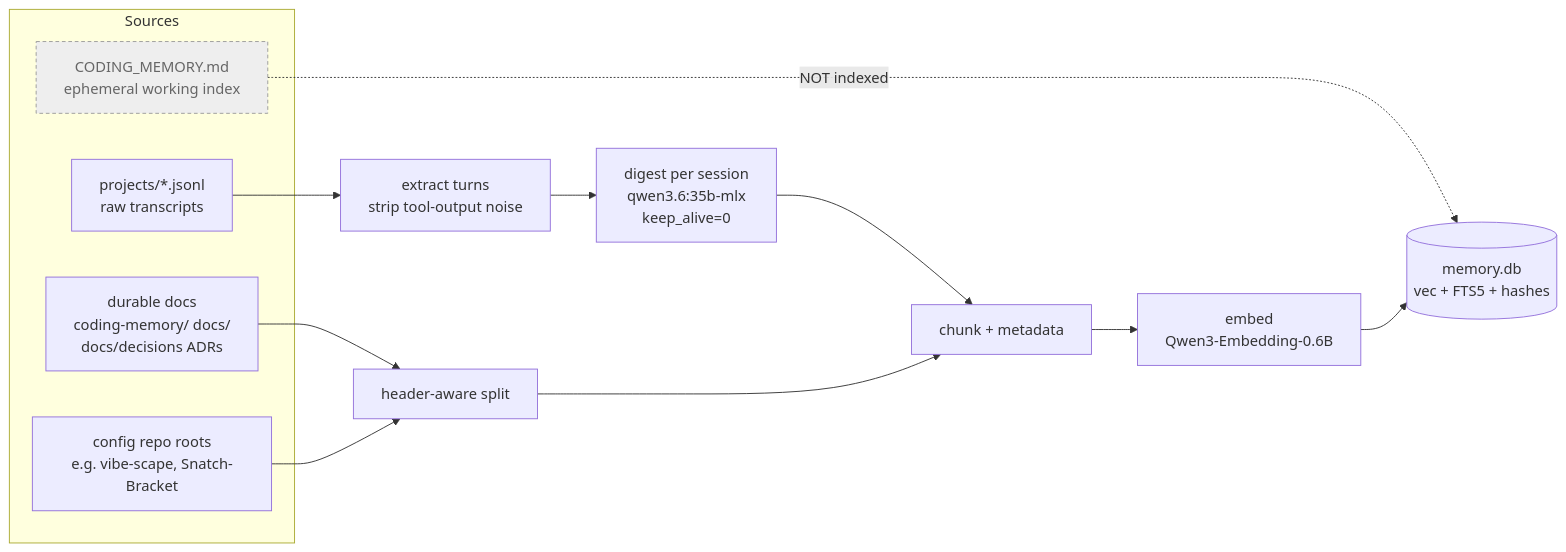
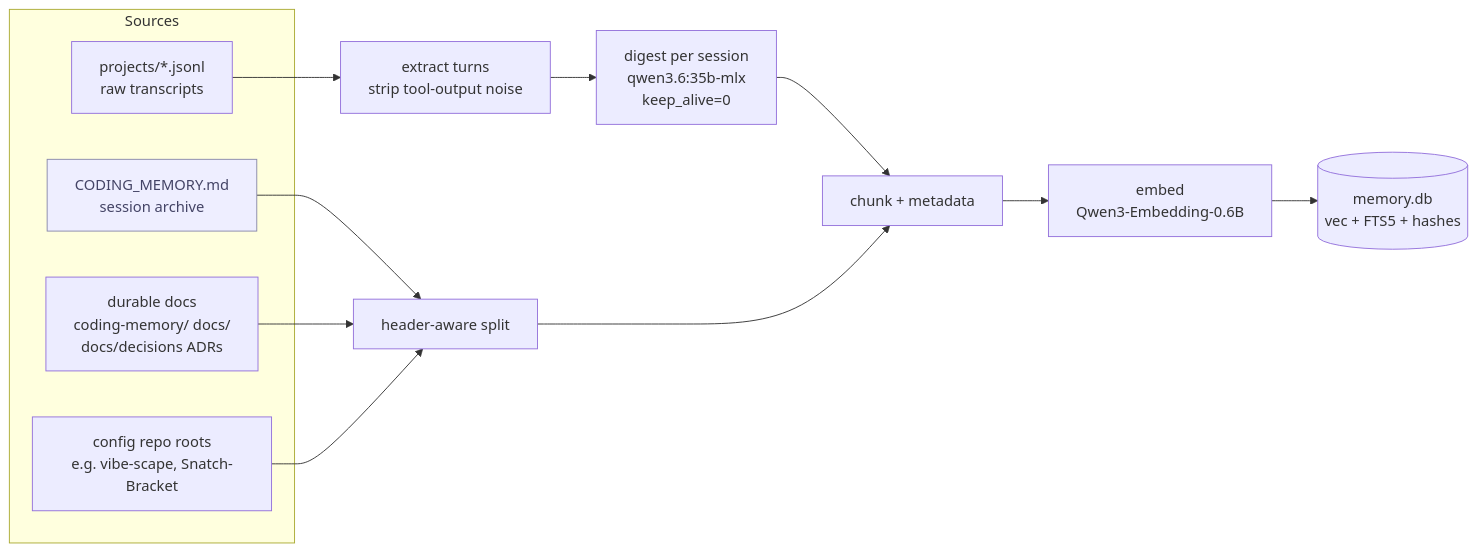
The diagram in docs/superpowers/specs/2026-07-17-memory-rag-index-design.md (suyatdev/.claude), drawn with Mermaid before and after one commit. The commit also changed other lines of this file and 12 other files, not shown here.

````diff
--- a/docs/superpowers/specs/2026-07-17-memory-rag-index-design.md
+++ b/docs/superpowers/specs/2026-07-17-memory-rag-index-design.md
@@ -61,19 +61,19 @@
 ```mermaid
 flowchart LR
   subgraph Sources
     A[projects/*.jsonl<br/>raw transcripts]
     B[durable docs<br/>coding-memory/ docs/<br/>docs/decisions ADRs]
     C[config repo roots<br/>e.g. vibe-scape, Snatch-Bracket]
-    Z[CODING_MEMORY.md<br/>ephemeral working index]:::excluded
+    Z[CODING_MEMORY.md<br/>session archive]:::archive
   end
-  classDef excluded fill:#eee,stroke:#999,stroke-dasharray:4 3,color:#666;
-  Z -.->|NOT indexed| S
+  classDef archive fill:#eef,stroke:#88a,color:#446;
+  Z --> H
   A --> X[extract turns<br/>strip tool-output noise]
   X --> D[digest per session<br/>qwen3.6:35b-mlx<br/>keep_alive=0]
   B --> H[header-aware split]
   C --> H
   D --> CH[chunk + metadata]
   H --> CH
   CH --> E[embed<br/>Qwen3-Embedding-0.6B]
   E --> S[(memory.db<br/>vec + FTS5 + hashes)]
 ```
````
